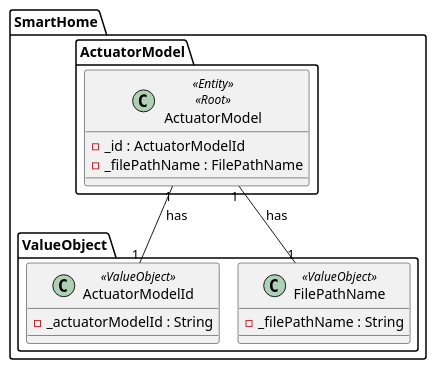
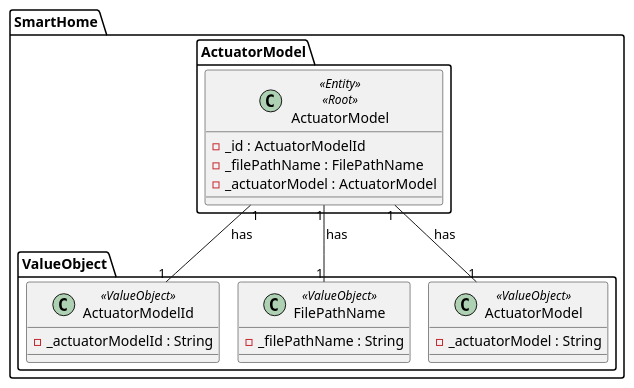
The diagram in docs/general/agreggateModels/ActuatorModel.puml (olivDiogo/SmartHome), drawn with PlantUML before and after one commit. The commit also changed 12 other files, not shown here.

Commit message:
#127 updated diagrams for US04 #59 updated example diagrams

```diff
--- a/docs/general/agreggateModels/ActuatorModel.puml
+++ b/docs/general/agreggateModels/ActuatorModel.puml
@@ -1,28 +1,32 @@
 @startuml
 !pragma layout smetana
 
 package SmartHome.ActuatorModel{
 
     class ActuatorModel <<Entity>> <<Root>>{
     - _id : ActuatorModelId
     - _filePathName : FilePathName
+    - _actuatorModel : ActuatorModel
     }
 }
 
 package SmartHome.ValueObject {
 
      class ActuatorModelId <<ValueObject>>{
         - _actuatorModelId : String
      }
 
      class FilePathName <<ValueObject>>{
         - _filePathName : String
      }
+     class ActuatorModel <<ValueObject>>{
+        - _actuatorModel : String
+     }
 }
 
 SmartHome.ActuatorModel.ActuatorModel "1" -- "1" SmartHome.ValueObject.ActuatorModelId : has
 SmartHome.ActuatorModel.ActuatorModel "1" -- "1" SmartHome.ValueObject.FilePathName : has
-
+SmartHome.ActuatorModel.ActuatorModel "1" -- "1" SmartHome.ValueObject.ActuatorModel : has
 
 
 @enduml
```
